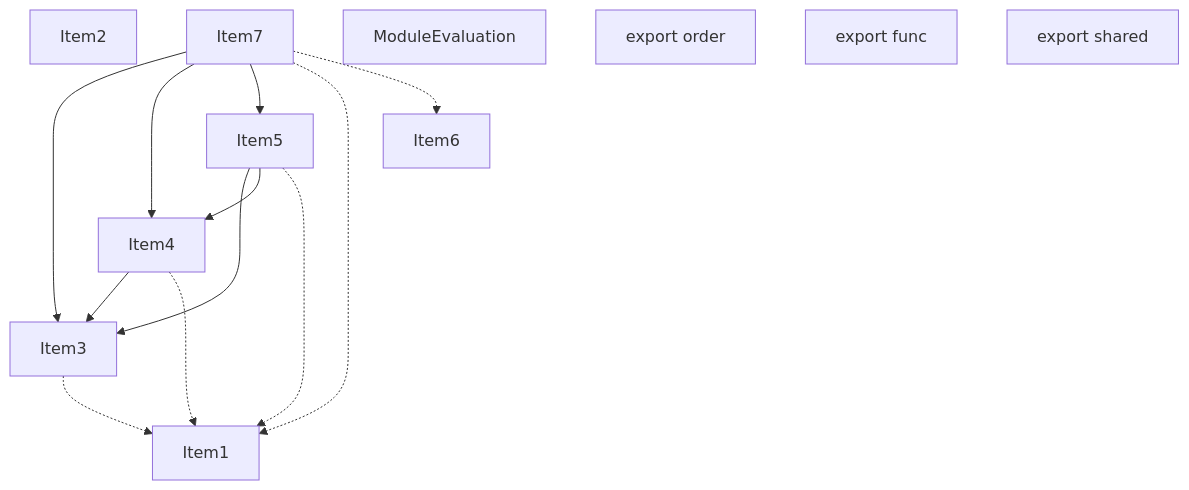
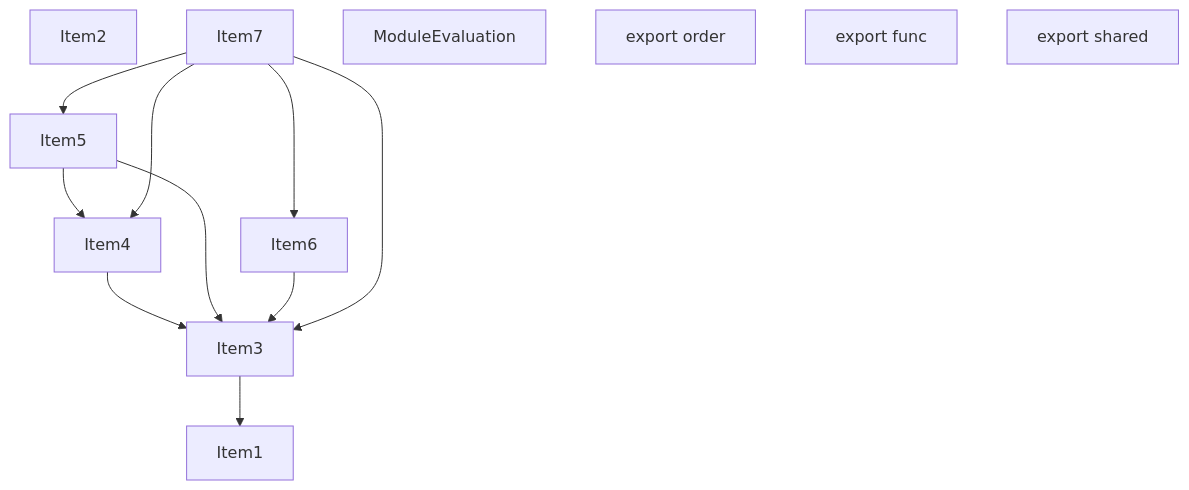
Before and after one commit to vercel/turborepo: the second of 5 diagrams in crates/turbopack-ecmascript/tests/tree-shaker/analyzer/write-order/output.md, drawn with Mermaid. The commit also changed other lines of this file and 15 other files, not shown here.

````diff
--- a/crates/turbopack-ecmascript/tests/tree-shaker/analyzer/write-order/output.md
+++ b/crates/turbopack-ecmascript/tests/tree-shaker/analyzer/write-order/output.md
@@ -105,29 +109,27 @@
 ```mermaid
 graph TD
     Item1;
     Item2;
     Item3;
     Item4;
     Item5;
     Item6;
     Item7;
     Item8;
     Item8["ModuleEvaluation"];
     Item9;
     Item9["export order"];
     Item10;
     Item10["export func"];
     Item11;
     Item11["export shared"];
-    Item3 -.-> Item1;
+    Item3 --> Item1;
     Item4 --> Item3;
-    Item4 -.-> Item1;
     Item5 --> Item3;
     Item5 --> Item4;
-    Item5 -.-> Item1;
+    Item6 --> Item3;
+    Item7 --> Item6;
     Item7 --> Item3;
     Item7 --> Item4;
     Item7 --> Item5;
-    Item7 -.-> Item1;
-    Item7 -.-> Item6;
 ```
````
